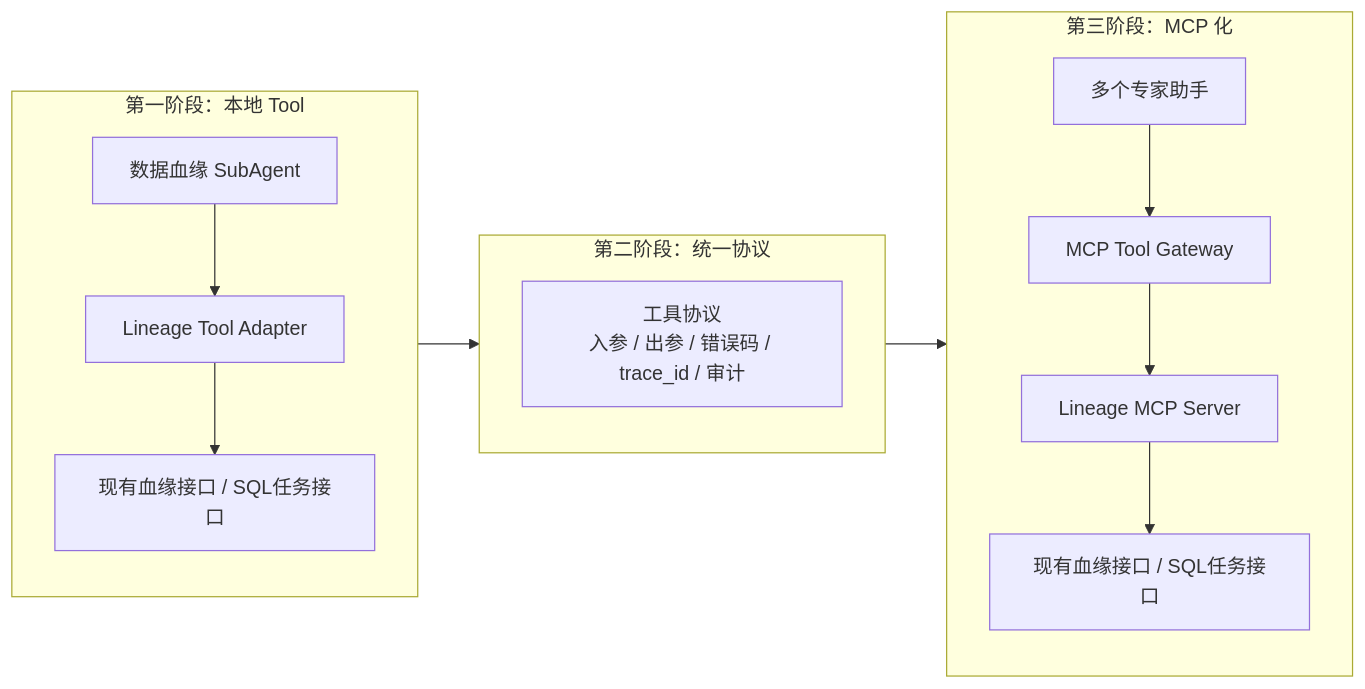
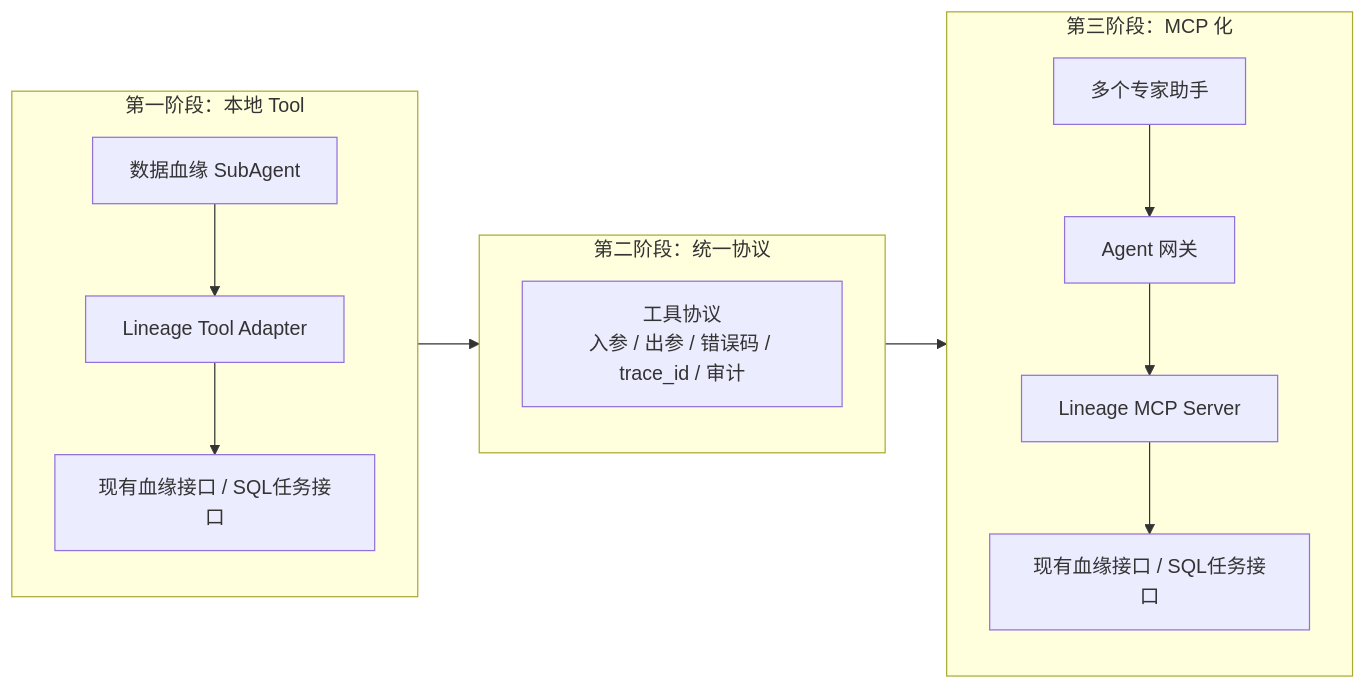
The eighth of 8 diagrams in 数据资产助手/06-架构设计/01-数据资产助手技术架构设计.md (ShaneLiu001/dataasset), drawn with Mermaid before and after one commit. The commit also changed other lines of this file and 6 other files, not shown here.

````diff
--- a/数据资产助手/06-架构设计/01-数据资产助手技术架构设计.md
+++ b/数据资产助手/06-架构设计/01-数据资产助手技术架构设计.md
@@ -489,20 +521,20 @@
 ```mermaid
 flowchart LR
   subgraph Phase1[第一阶段：本地 Tool]
     Agent1[数据血缘 SubAgent] --> ToolAdapter[Lineage Tool Adapter]
     ToolAdapter --> ExistingApi[现有血缘接口 / SQL任务接口]
   end
 
   subgraph Phase2[第二阶段：统一协议]
     Contract[工具协议<br/>入参 / 出参 / 错误码 / trace_id / 审计]
   end
 
   subgraph Phase3[第三阶段：MCP 化]
-    MultiAgent[多个专家助手] --> McpGateway[MCP Tool Gateway]
+    MultiAgent[多个专家助手] --> McpGateway[Agent 网关]
     McpGateway --> LineageMcp[Lineage MCP Server]
     LineageMcp --> ExistingApi2[现有血缘接口 / SQL任务接口]
   end
 
   Phase1 --> Phase2
   Phase2 --> Phase3
 ```
````
